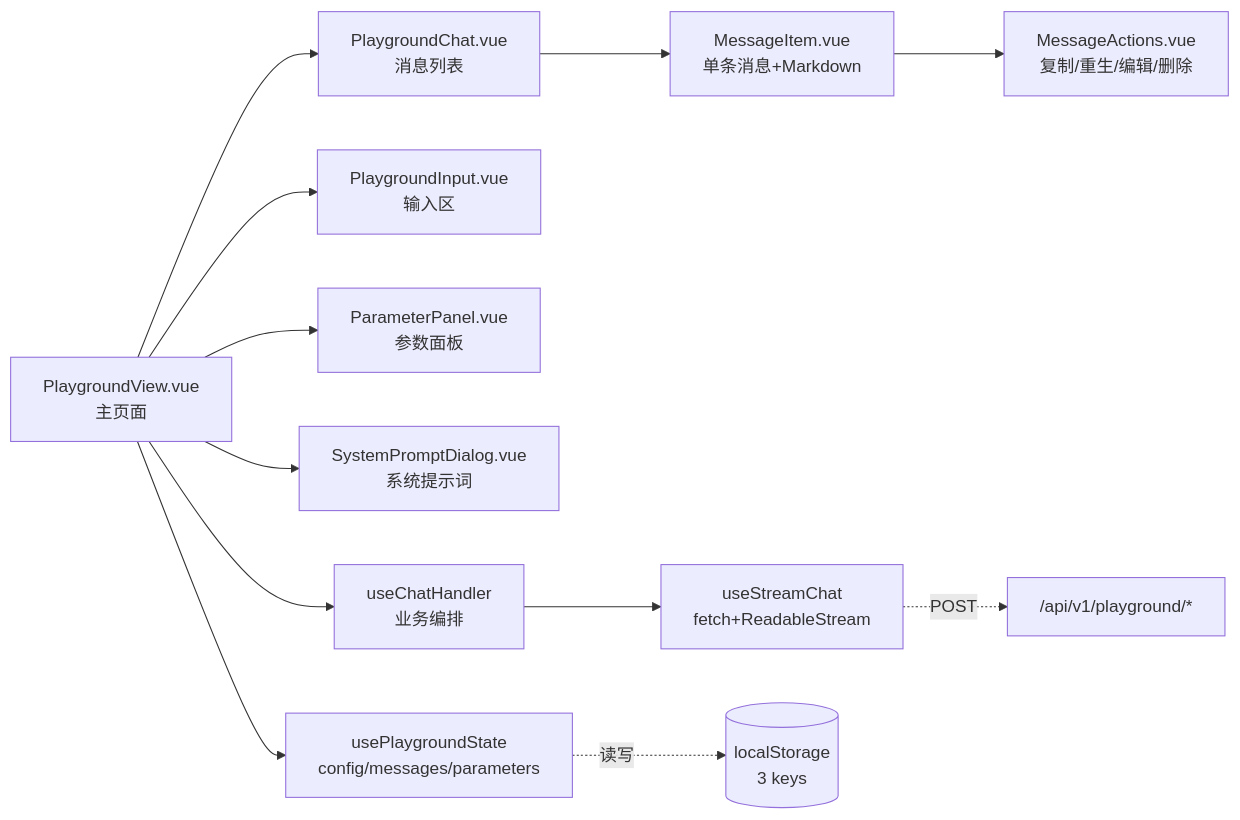
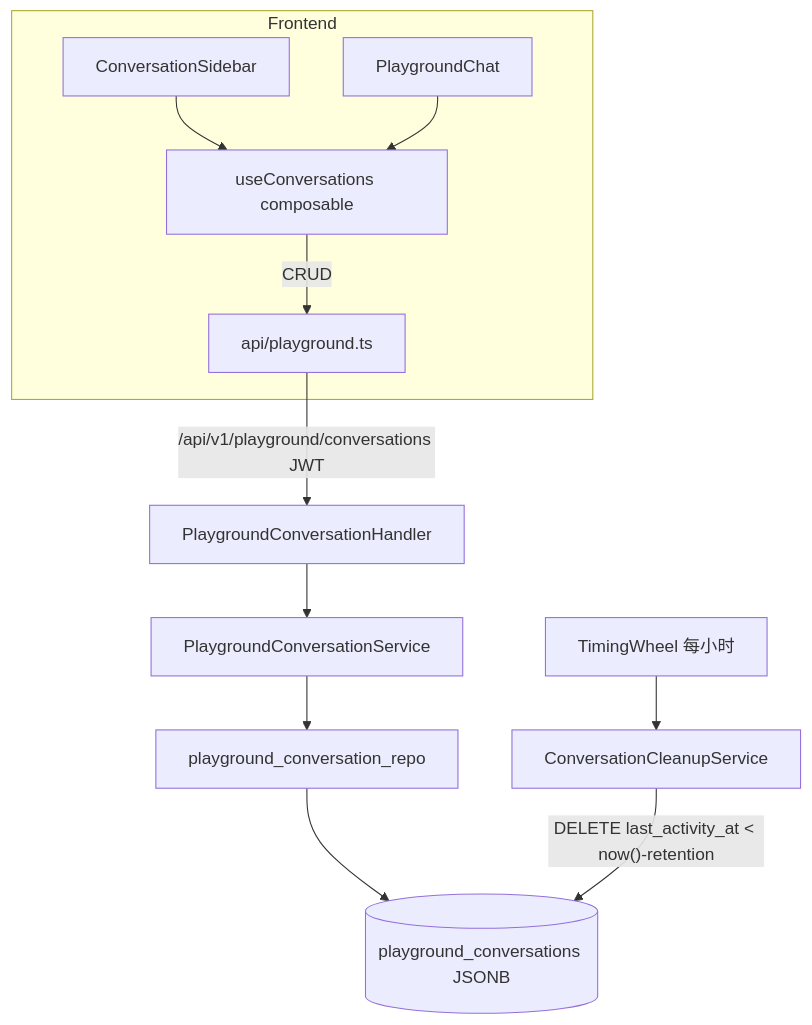
One commit to VCnoC/sub2api changed the first of 2 diagrams in plan.md. Above: the diagram before and after it, drawn with Mermaid. The commit also changed other lines of this file and 69 other files, not shown here.

First line of the commit message:
feat(playground+dashboard): add conversation persistence and revamp user dashboard UI

````diff
--- a/plan.md
+++ b/plan.md
@@ -167,19 +100,14 @@
 ```mermaid
-flowchart LR
-    View[PlaygroundView.vue<br/>主页面]
-
-    View --> Chat[PlaygroundChat.vue<br/>消息列表]
-    View --> Input[PlaygroundInput.vue<br/>输入区]
-    View --> Panel[ParameterPanel.vue<br/>参数面板]
-    View --> SysDlg[SystemPromptDialog.vue<br/>系统提示词]
-
-    Chat --> MsgItem[MessageItem.vue<br/>单条消息+Markdown]
-    MsgItem --> MsgActs[MessageActions.vue<br/>复制/重生/编辑/删除]
-
-    View --> UsePgState[usePlaygroundState<br/>config/messages/parameters]
-    View --> UseChat[useChatHandler<br/>业务编排]
-    UseChat --> UseStream[useStreamChat<br/>fetch+ReadableStream]
-
-    UsePgState -.->|读写| LS[(localStorage<br/>3 keys)]
-    UseStream -.->|POST| API["/api/v1/playground/*"]
+flowchart TD
+    subgraph Frontend
+        SB[ConversationSidebar] --> ST[useConversations composable]
+        CH[PlaygroundChat] --> ST
+        ST -->|CRUD| API[api/playground.ts]
+    end
+    API -->|/api/v1/playground/conversations JWT| H[PlaygroundConversationHandler]
+    H --> S[PlaygroundConversationService]
+    S --> R[playground_conversation_repo]
+    R --> DB[(playground_conversations JSONB)]
+    TW[TimingWheel 每小时] --> CL[ConversationCleanupService]
+    CL -->|"DELETE last_activity_at < now()-retention"| DB
 ```
````
